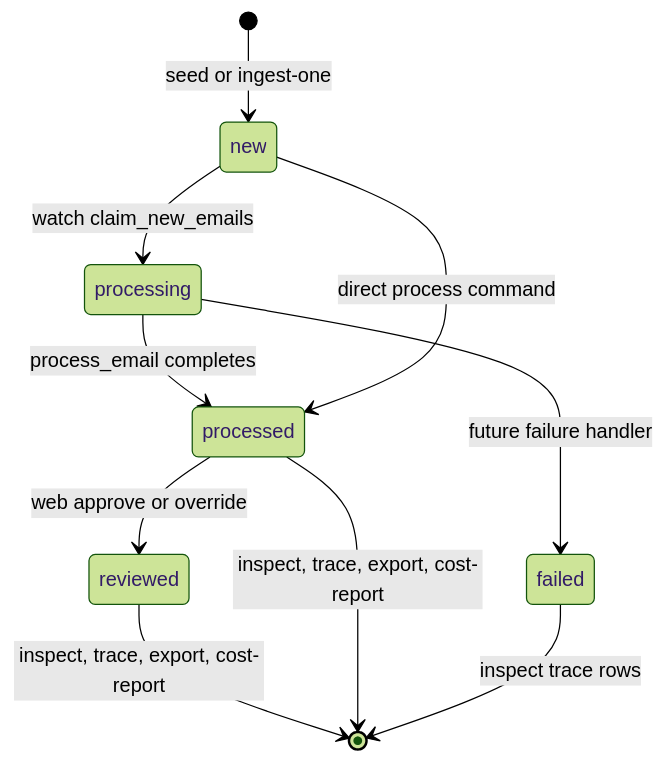
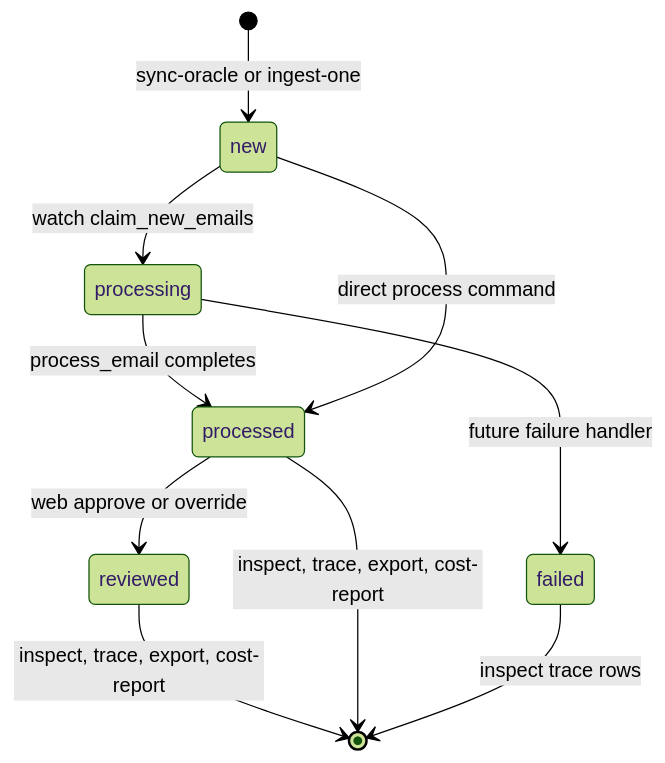
Before and after one commit to gustavorubim/inbox-da: diagram 11 of 13 in README.md, drawn with Mermaid (forest theme). The commit also changed other lines of this file and 17 other files, not shown here.

Commit message:
feat: ingest inbox emails from Oracle

````diff
--- a/README.md
+++ b/README.md
@@ -674,12 +732,12 @@
 ```mermaid
 stateDiagram-v2
-    [*] --> new: seed or ingest-one
+    [*] --> new: sync-oracle or ingest-one
     new --> processing: watch claim_new_emails
     processing --> processed: process_email completes
     processing --> failed: future failure handler
     new --> processed: direct process command
     processed --> reviewed: web approve or override
     reviewed --> [*]: inspect, trace, export, cost-report
     processed --> [*]: inspect, trace, export, cost-report
     failed --> [*]: inspect trace rows
 ```
````
